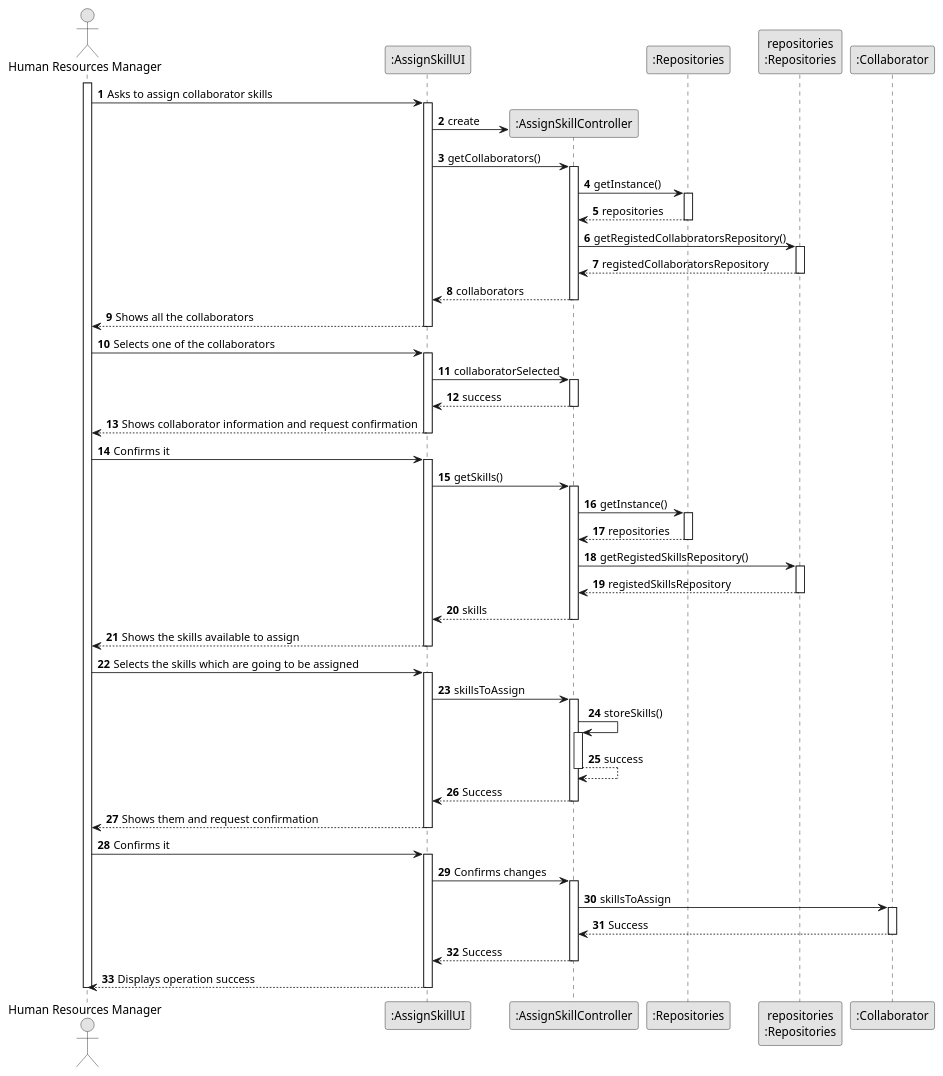
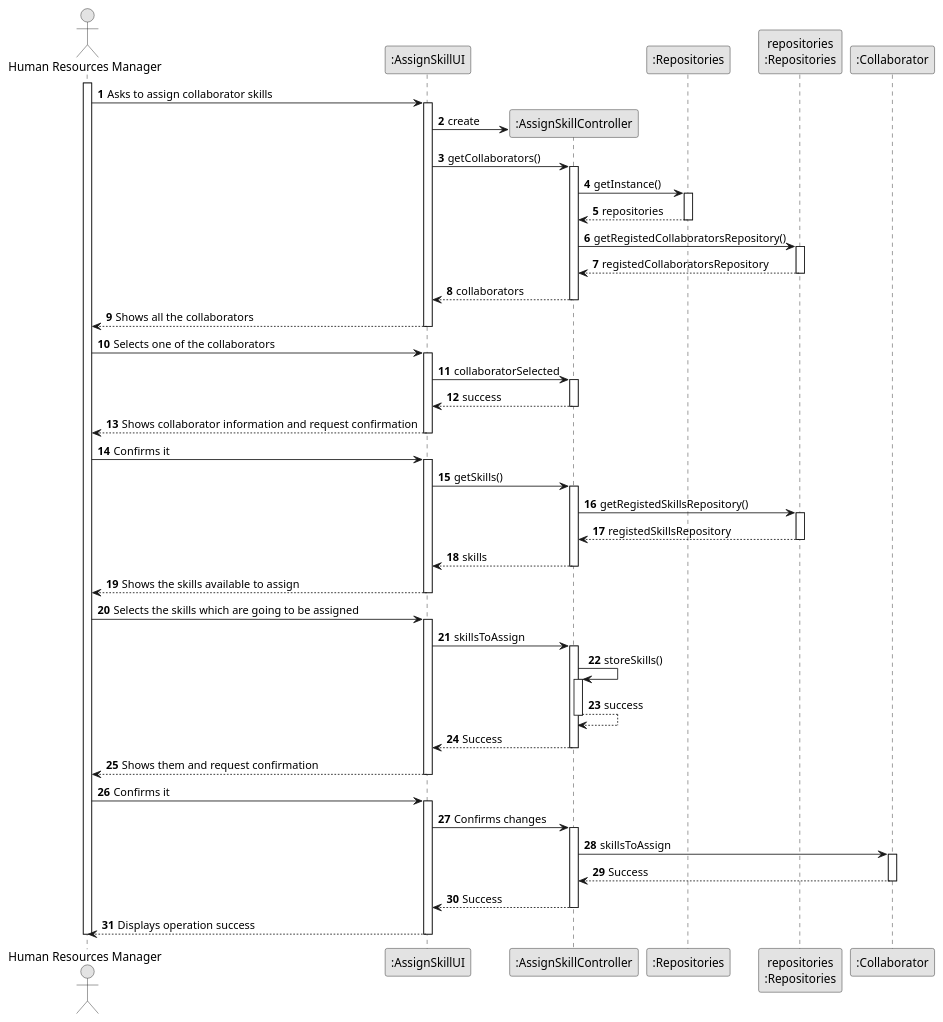
One commit to 1231360-ISEP/lei-24-s2-1db-g021 changed the diagram in docs/sprint2/us004/03.design/puml/us004-sequence-diagram-full.puml. Above: the diagram before and after it, drawn with PlantUML.

Commit message:
US004 - Changing the sequence diagram.

```diff
--- a/docs/sprint2/us004/03.design/puml/us004-sequence-diagram-full.puml
+++ b/docs/sprint2/us004/03.design/puml/us004-sequence-diagram-full.puml
@@ -1,119 +1,113 @@
 @startuml
 skinparam monochrome true
 skinparam packageStyle rectangle
 skinparam shadowing false
 
 autonumber
 
 'hide footbox
 actor "Human Resources Manager" as ADM
 participant ":AssignSkillUI" as UI
 participant ":AssignSkillController" as CTRL
 participant ":Repositories" as Repositories
 participant "repositories\n:Repositories" as RepoInstance
 participant ":Collaborator" as Collaborator
 
 activate ADM
 
         ADM -> UI : Asks to assign collaborator skills
 
         activate UI
             UI -> CTRL** : create
             UI -> CTRL : getCollaborators()
 
             activate CTRL
 
                 CTRL -> Repositories : getInstance()
                 activate Repositories
                     Repositories --> CTRL : repositories
                 deactivate Repositories
 
                 CTRL -> RepoInstance : getRegistedCollaboratorsRepository()
 
                 activate RepoInstance
                     RepoInstance --> CTRL : registedCollaboratorsRepository
                 deactivate RepoInstance
 
                 CTRL --> UI : collaborators
             deactivate CTRL
 
             UI --> ADM : Shows all the collaborators
         deactivate UI
 
         ADM -> UI : Selects one of the collaborators
 
         activate UI
 
             UI -> CTRL : collaboratorSelected
 
             activate CTRL
                 CTRL --> UI : success
             deactivate CTRL
 
             UI --> ADM : Shows collaborator information and request confirmation
         deactivate UI
 
         ADM -> UI : Confirms it
 
         activate UI
             UI -> CTRL : getSkills()
 
             activate CTRL
 
-                CTRL -> Repositories : getInstance()
-
-                activate Repositories
-                    Repositories --> CTRL : repositories
-                deactivate Repositories
-
                 CTRL -> RepoInstance : getRegistedSkillsRepository()
 
                 activate RepoInstance
                     RepoInstance --> CTRL : registedSkillsRepository
                 deactivate RepoInstance
 
                 CTRL --> UI : skills
             deactivate CTRL
 
             UI --> ADM : Shows the skills available to assign
         deactivate UI
 
         ADM -> UI : Selects the skills which are going to be assigned
 
         activate UI
             UI -> CTRL : skillsToAssign
 
             activate CTRL
                 CTRL -> CTRL : storeSkills()
 
                 activate CTRL
                     CTRL --> CTRL : success
                 deactivate CTRL
 
                 CTRL --> UI : Success
             deactivate CTRL
 
             UI --> ADM : Shows them and request confirmation
         deactivate UI
 
         ADM -> UI : Confirms it
 
         activate UI
             UI -> CTRL : Confirms changes
             
             activate CTRL
                 CTRL -> Collaborator : skillsToAssign
 
                 activate Collaborator
                     Collaborator --> CTRL : Success
                 deactivate Collaborator
 
                 CTRL --> UI : Success
             deactivate CTRL
 
             UI --> ADM : Displays operation success
         deactivate UI
 
 deactivate ADM
 
 @enduml
```
